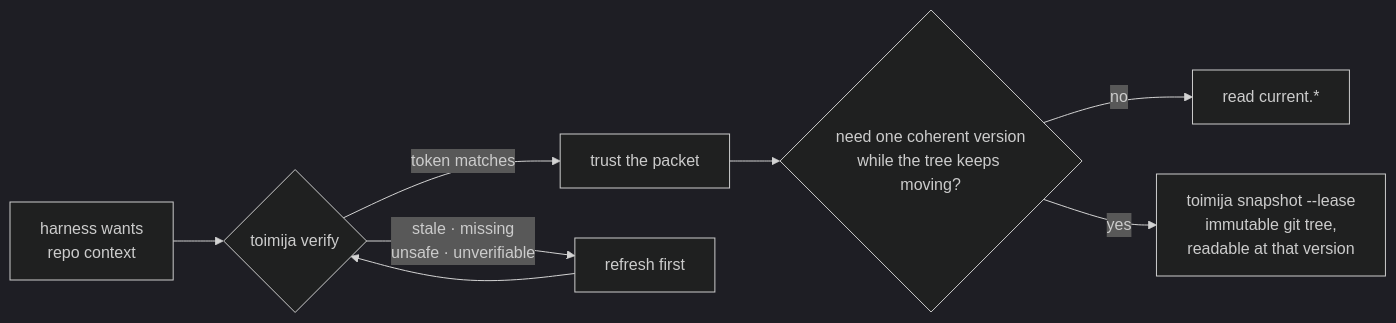
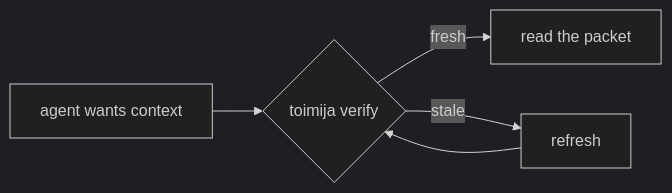
Before and after one commit to false-systems/toimija: the third of 4 diagrams in README.md, drawn with Mermaid (dark theme). The commit also changed other lines of this file, not shown here.

First line of the commit message:
docs: simplify the mermaid diagrams — one point each, details stay in prose (#103)

````diff
--- a/README.md
+++ b/README.md
@@ -327,10 +291,6 @@
 ```mermaid
 flowchart LR
-    A["harness wants<br/>repo context"] --> V{"toimija verify"}
-    V -- "token matches" --> T["trust the packet"]
-    V -- "stale · missing<br/>unsafe · unverifiable" --> R["refresh first"]
-    R --> V
-    T --> Q{"need one coherent version<br/>while the tree keeps moving?"}
-    Q -- "no" --> READ["read current.*"]
-    Q -- "yes" --> SNAP["toimija snapshot --lease<br/>immutable git tree,<br/>readable at that version"]
+    A["agent wants context"] --> V{"toimija verify"}
+    V -- "fresh" --> R["read the packet"]
+    V -- "stale" --> F["refresh"] --> V
 ```
````
